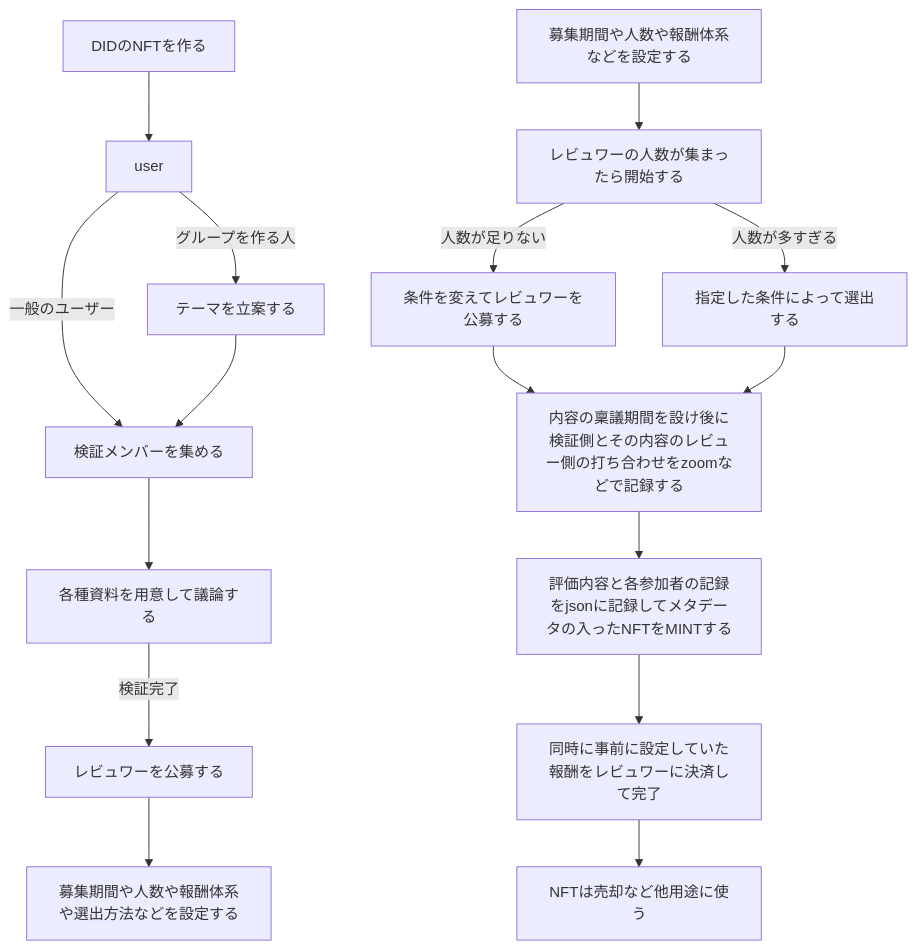
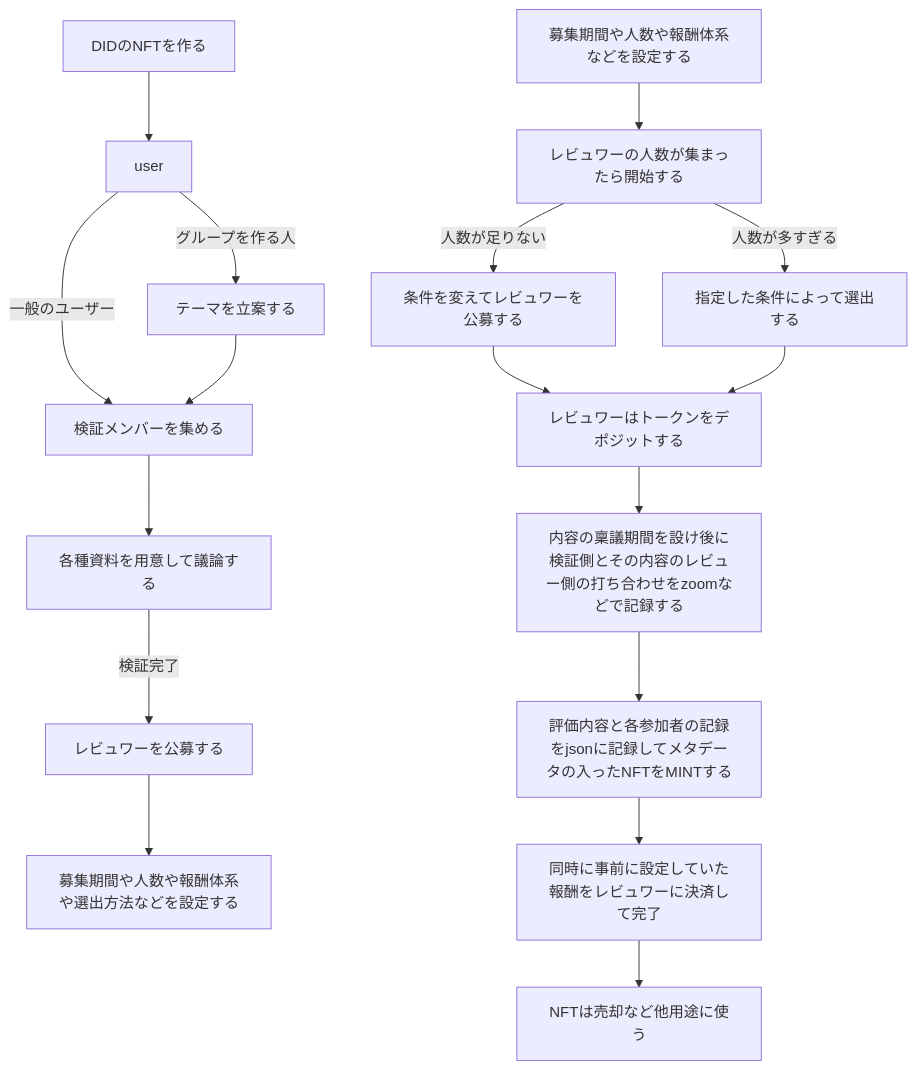
One commit to yaaman18/decentralized_verification changed the first of 3 diagrams in README.md. Above: the diagram before and after it, drawn with Mermaid.

````diff
--- a/README.md
+++ b/README.md
@@ -153,19 +153,20 @@
 ```mermaid
 graph TD
  DIDのNFTを作る --> user
  user --> |グループを作る人|テーマを立案する
  user --> |一般のユーザー|検証メンバーを集める
  テーマを立案する --> 検証メンバーを集める
  検証メンバーを集める --> 各種資料を用意して議論する
  各種資料を用意して議論する --> |検証完了|レビュワーを公募する
  レビュワーを公募する --> 募集期間や人数や報酬体系や選出方法などを設定する
  募集期間や人数や報酬体系などを設定する --> レビュワーの人数が集まったら開始する
  レビュワーの人数が集まったら開始する --> |人数が足りない|条件を変えてレビュワーを公募する
  レビュワーの人数が集まったら開始する --> |人数が多すぎる|指定した条件によって選出する
-条件を変えてレビュワーを公募する --> 内容の稟議期間を設け後に検証側とその内容のレビュー側の打ち合わせをzoomなどで記録する
-指定した条件によって選出する --> 内容の稟議期間を設け後に検証側とその内容のレビュー側の打ち合わせをzoomなどで記録する
+条件を変えてレビュワーを公募する --> レビュワーはトークンをデポジットする
+指定した条件によって選出する --> レビュワーはトークンをデポジットする
+レビュワーはトークンをデポジットする --> 内容の稟議期間を設け後に検証側とその内容のレビュー側の打ち合わせをzoomなどで記録する
 内容の稟議期間を設け後に検証側とその内容のレビュー側の打ち合わせをzoomなどで記録する --> 評価内容と各参加者の記録をjsonに記録してメタデータの入ったNFTをMINTする
 評価内容と各参加者の記録をjsonに記録してメタデータの入ったNFTをMINTする -->同時に事前に設定していた報酬をレビュワーに決済して完了
 同時に事前に設定していた報酬をレビュワーに決済して完了 --> NFTは売却など他用途に使う
 
 ```
````
